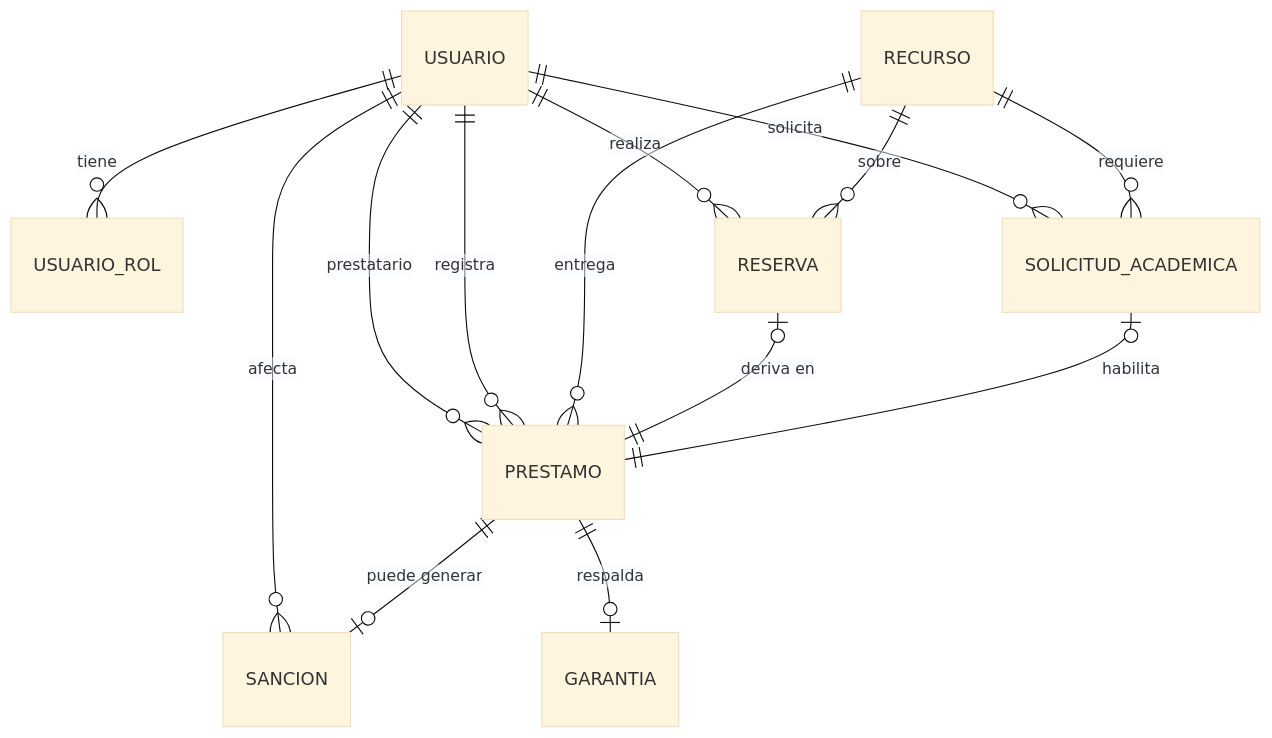
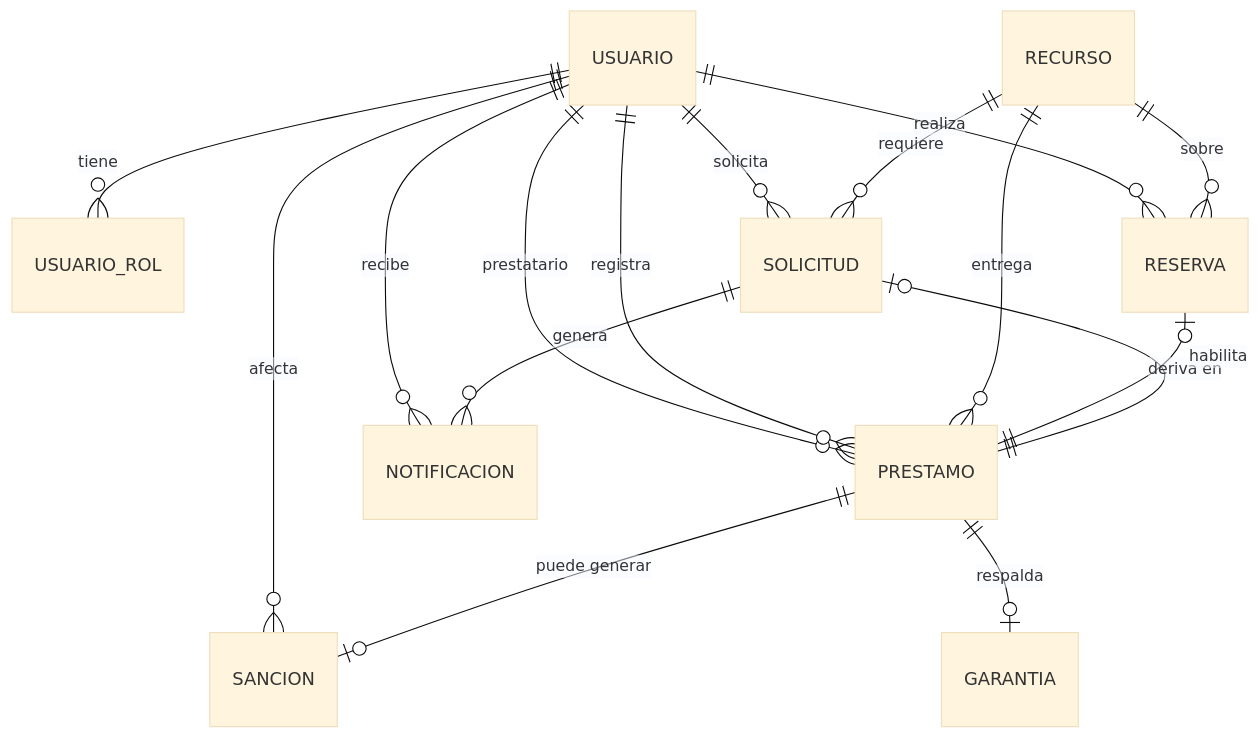
One commit to Cristhianepcc/ti2-sistema-prestamos changed the second of 7 diagrams in docs/01-sdd.md. Above: the diagram before and after it, drawn with Mermaid (base theme). The commit also changed other lines of this file and 3 other files, not shown here.

First line of the commit message:
docs: generalizar Solicitud y agregar Notificacion en los documentos de alcance

````diff
--- a/docs/01-sdd.md
+++ b/docs/01-sdd.md
@@ -117,16 +118,18 @@
 ```mermaid
 erDiagram
   USUARIO ||--o{ USUARIO_ROL : tiene
   USUARIO ||--o{ RESERVA : realiza
   USUARIO ||--o{ PRESTAMO : "prestatario"
   USUARIO ||--o{ PRESTAMO : "registra"
-  USUARIO ||--o{ SOLICITUD_ACADEMICA : solicita
+  USUARIO ||--o{ SOLICITUD : solicita
   USUARIO ||--o{ SANCION : afecta
+  USUARIO ||--o{ NOTIFICACION : recibe
   RECURSO ||--o{ RESERVA : sobre
   RECURSO ||--o{ PRESTAMO : entrega
-  RECURSO ||--o{ SOLICITUD_ACADEMICA : requiere
+  RECURSO ||--o{ SOLICITUD : requiere
   RESERVA |o--|| PRESTAMO : "deriva en"
-  SOLICITUD_ACADEMICA |o--|| PRESTAMO : habilita
+  SOLICITUD |o--|| PRESTAMO : habilita
+  SOLICITUD ||--o{ NOTIFICACION : genera
   PRESTAMO ||--o| GARANTIA : respalda
   PRESTAMO ||--o| SANCION : "puede generar"
 ```
````
